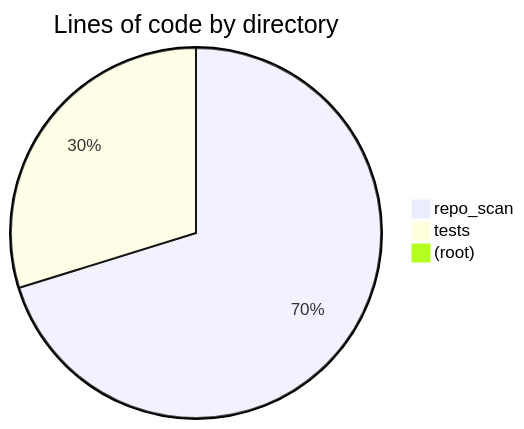
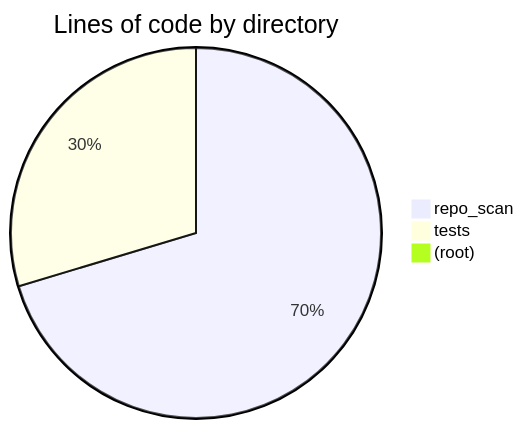
Before and after one commit to hhleroy97/repo-scan: the first of 2 diagrams in docs/reports/health.md, drawn with Mermaid. The commit also changed other lines of this file and 8 other files, not shown here.

````diff
--- a/docs/reports/health.md
+++ b/docs/reports/health.md
@@ -22,6 +22,6 @@
 ```mermaid
 pie title Lines of code by directory
-    "repo_scan" : 13823
-    "tests" : 5861
+    "repo_scan" : 14029
+    "tests" : 5911
     "(root)" : 74
 ```
````
